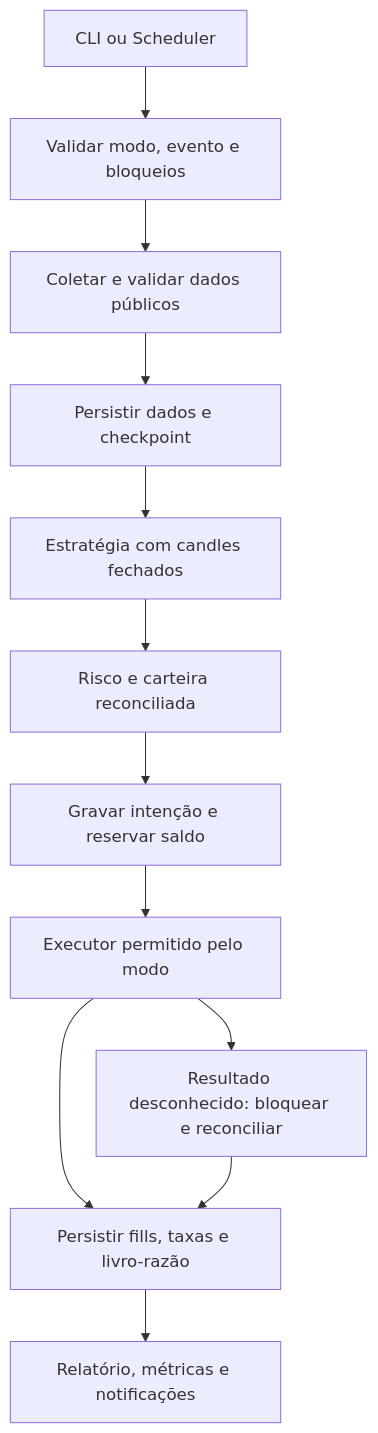
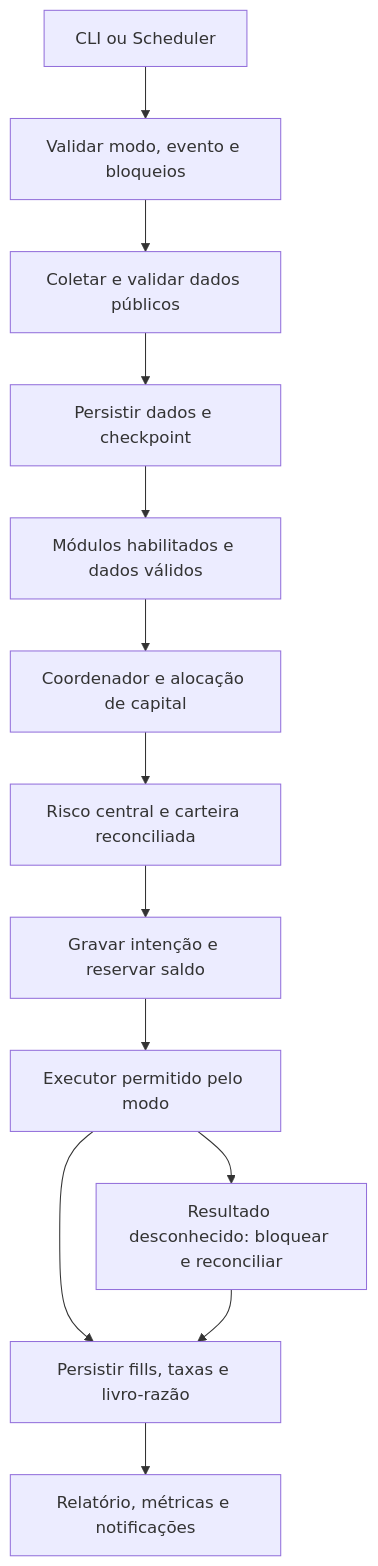
One commit to cams7-ai/cripto-docs changed the diagram in planejamento.md. Above: the diagram before and after it, drawn with Mermaid. The commit also changed other lines of this file and 36 other files, not shown here.

````diff
--- a/planejamento.md
+++ b/planejamento.md
@@ -135,14 +145,15 @@
 ```mermaid
 flowchart TD
     A[CLI ou Scheduler] --> B[Validar modo, evento e bloqueios]
     B --> C[Coletar e validar dados públicos]
     C --> D[Persistir dados e checkpoint]
-    D --> E[Estratégia com candles fechados]
-    E --> F[Risco e carteira reconciliada]
+    D --> E[Módulos habilitados e dados válidos]
+    E --> L[Coordenador e alocação de capital]
+    L --> F[Risco central e carteira reconciliada]
     F --> G[Gravar intenção e reservar saldo]
     G --> H[Executor permitido pelo modo]
     H --> I[Persistir fills, taxas e livro-razão]
     I --> J[Relatório, métricas e notificações]
     H --> K[Resultado desconhecido: bloquear e reconciliar]
     K --> I
 ```
````
